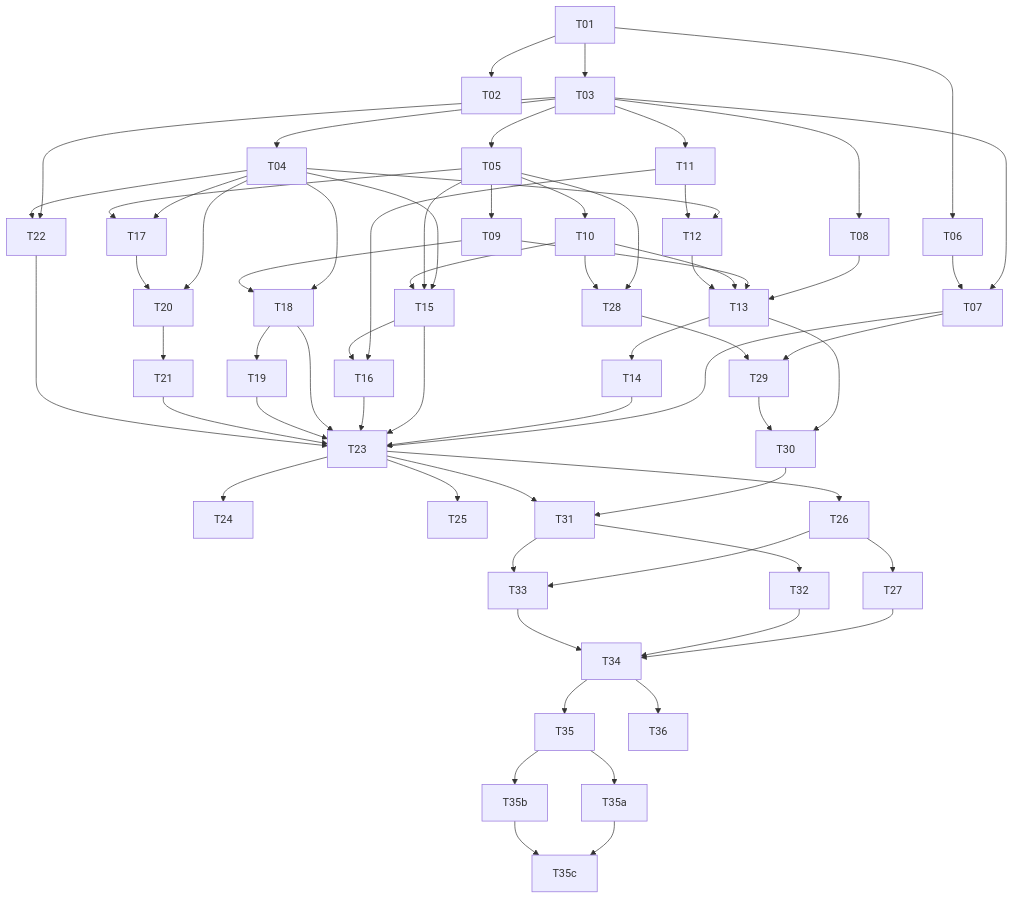
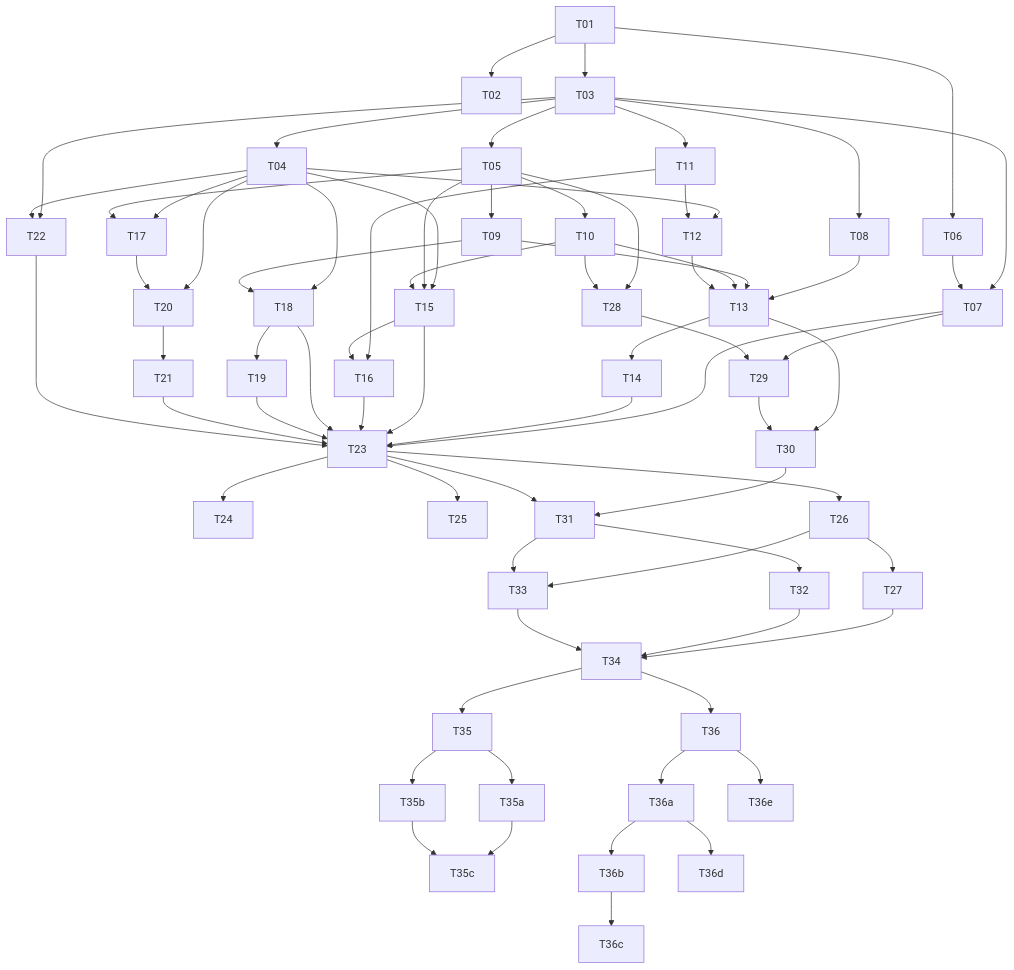
One commit to agentsky/agent-core changed the diagram in docs/tasks-plan.md. Above: the diagram before and after it, drawn with Mermaid. The commit also changed other lines of this file and 1 other file, not shown here.

````diff
--- a/docs/tasks-plan.md
+++ b/docs/tasks-plan.md
@@ -437,68 +448,73 @@
 ```mermaid
 graph TD
     T01 --> T02
     T01 --> T03
     T03 --> T04
     T03 --> T05
     T01 --> T06
     T03 --> T07
     T06 --> T07
     T03 --> T08
     T05 --> T09
     T05 --> T10
     T03 --> T11
     T04 --> T12
     T11 --> T12
     T08 --> T13
     T09 --> T13
     T10 --> T13
     T12 --> T13
     T13 --> T14
     T04 --> T15
     T05 --> T15
     T10 --> T15
     T11 --> T16
     T15 --> T16
     T04 --> T17
     T05 --> T17
     T04 --> T18
     T09 --> T18
     T18 --> T19
     T04 --> T20
     T17 --> T20
     T20 --> T21
     T03 --> T22
     T04 --> T22
     T07 --> T23
     T14 --> T23
     T15 --> T23
     T16 --> T23
     T18 --> T23
     T19 --> T23
     T21 --> T23
     T22 --> T23
     T23 --> T24
     T23 --> T25
     T23 --> T26
     T26 --> T27
     T05 --> T28
     T10 --> T28
     T07 --> T29
     T28 --> T29
     T13 --> T30
     T29 --> T30
     T30 --> T31
     T23 --> T31
     T31 --> T32
     T26 --> T33
     T31 --> T33
     T27 --> T34
     T32 --> T34
     T33 --> T34
     T34 --> T35
     T35 --> T35a
     T35 --> T35b
     T35a --> T35c
     T35b --> T35c
     T34 --> T36
+    T36 --> T36a
+    T36a --> T36b
+    T36b --> T36c
+    T36a --> T36d
+    T36 --> T36e
 ```
````
